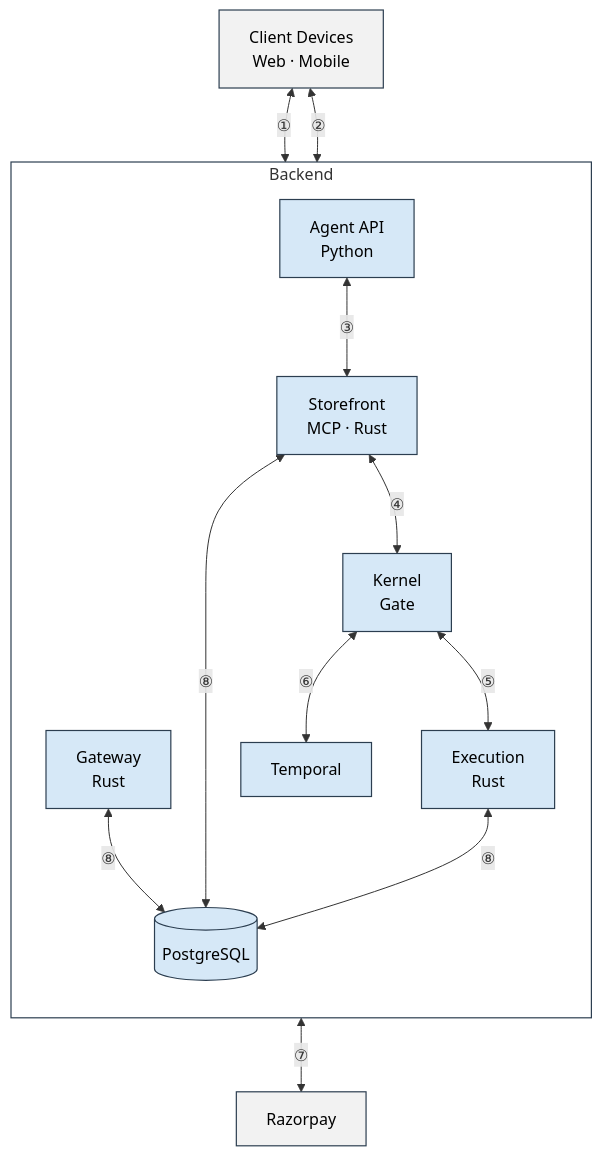
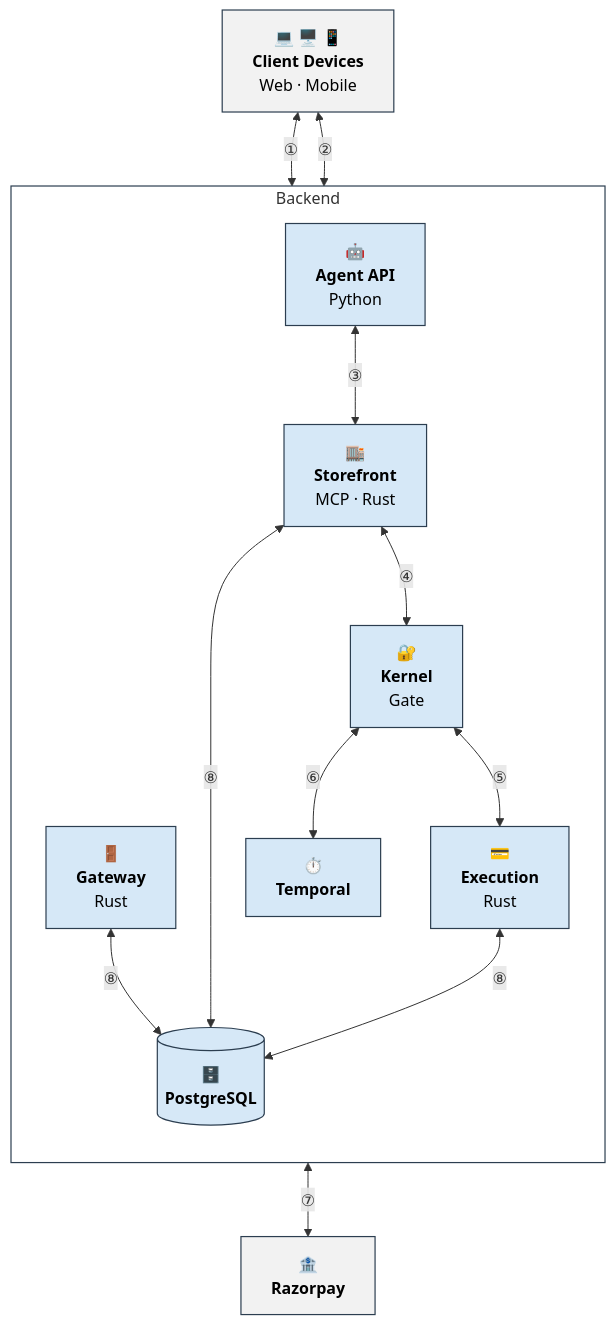
The diagram in README.md (mdowais-39/Paybound), drawn with Mermaid before and after one commit. The commit also changed 1 other file, not shown here.

Commit message:
Add icon symbols to each box in the architecture diagram
Real brand logos can't render inside a live GitHub Mermaid diagram
(GitHub strips <img> tags from the generated SVG), so used emoji
symbols instead -- portable, render identically everywhere, and
match what the reference diagram actually does for its device icons
(generic pictograms, not brand marks). One symbol per box: devices
for the client layer, a door/robot/store/lock/card/clock/cabinet/
bank for the backend services and Razorpay.

````diff
--- a/README.md
+++ b/README.md
@@ -85,35 +85,35 @@
 ```mermaid
 flowchart TD
-    Client["Client Devices<br/>Web · Mobile"]
+    Client["💻 🖥️ 📱<br/><b>Client Devices</b><br/>Web · Mobile"]
 
     subgraph Backend["Backend"]
         direction TB
-        Gateway["Gateway<br/>Rust"]
-        Agent["Agent API<br/>Python"]
-        Storefront["Storefront<br/>MCP · Rust"]
-        Kernel["Kernel<br/>Gate"]
-        Execution["Execution<br/>Rust"]
-        Temporal["Temporal"]
-        PG[("PostgreSQL")]
+        Gateway["🚪<br/><b>Gateway</b><br/>Rust"]
+        Agent["🤖<br/><b>Agent API</b><br/>Python"]
+        Storefront["🏬<br/><b>Storefront</b><br/>MCP · Rust"]
+        Kernel["🔐<br/><b>Kernel</b><br/>Gate"]
+        Execution["💳<br/><b>Execution</b><br/>Rust"]
+        Temporal["⏱️<br/><b>Temporal</b>"]
+        PG[("🗄️<br/><b>PostgreSQL</b>")]
     end
 
-    Razorpay["Razorpay"]
+    Razorpay["🏦<br/><b>Razorpay</b>"]
 
     Client <-->|"①"| Gateway
     Client <-->|"②"| Agent
     Agent <-->|"③"| Storefront
     Storefront <-->|"④"| Kernel
     Kernel <-->|"⑤"| Execution
     Kernel <-->|"⑥"| Temporal
     Execution <-->|"⑦"| Razorpay
     Gateway <-->|"⑧"| PG
     Storefront <-->|"⑧"| PG
     Execution <-->|"⑧"| PG
 
     classDef box fill:#d6e8f7,stroke:#2c3e50,stroke-width:1.2px,color:#000
     classDef ext fill:#f2f2f2,stroke:#2c3e50,stroke-width:1.2px,color:#000
 
     class Gateway,Agent,Storefront,Kernel,Execution,Temporal,PG box
     class Client,Razorpay ext
     style Backend fill:#ffffff,stroke:#2c3e50,stroke-width:1.2px
 ```
````
